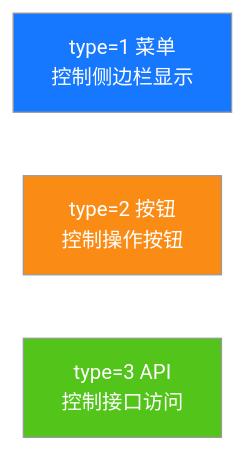
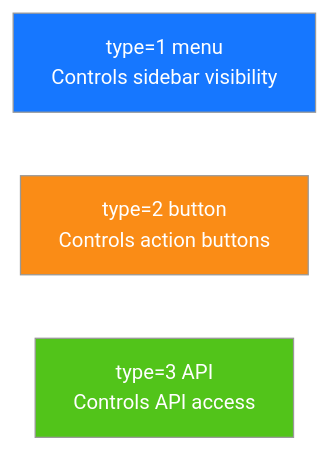
Before and after one commit to erikwang2013/game-platform-php: the third of 3 diagrams in admin/docs/diagrams/05-rbac-model.en.md, drawn with Mermaid (neutral theme). The commit also changed other lines of this file and 211 other files, not shown here.

First line of the commit message:
fix: 支付配置读回类型根治、提现事件对账巡检，12 语族 mermaid 与 API 标签本地化

````diff
--- a/admin/docs/diagrams/05-rbac-model.en.md
+++ b/admin/docs/diagrams/05-rbac-model.en.md
@@ -64,10 +64,10 @@
 ```mermaid
 flowchart LR
-    t1["type=1 菜单<br/>控制侧边栏显示"]
-    t2["type=2 按钮<br/>控制操作按钮"]
-    t3["type=3 API<br/>控制接口访问"]
+    t1["type=1 menu<br/>Controls sidebar visibility"]
+    t2["type=2 button<br/>Controls action buttons"]
+    t3["type=3 API<br/>Controls API access"]
 
     style t1 fill:#1677FF,color:#fff
     style t2 fill:#FA8C16,color:#fff
     style t3 fill:#52C41A,color:#fff
 ```
````
